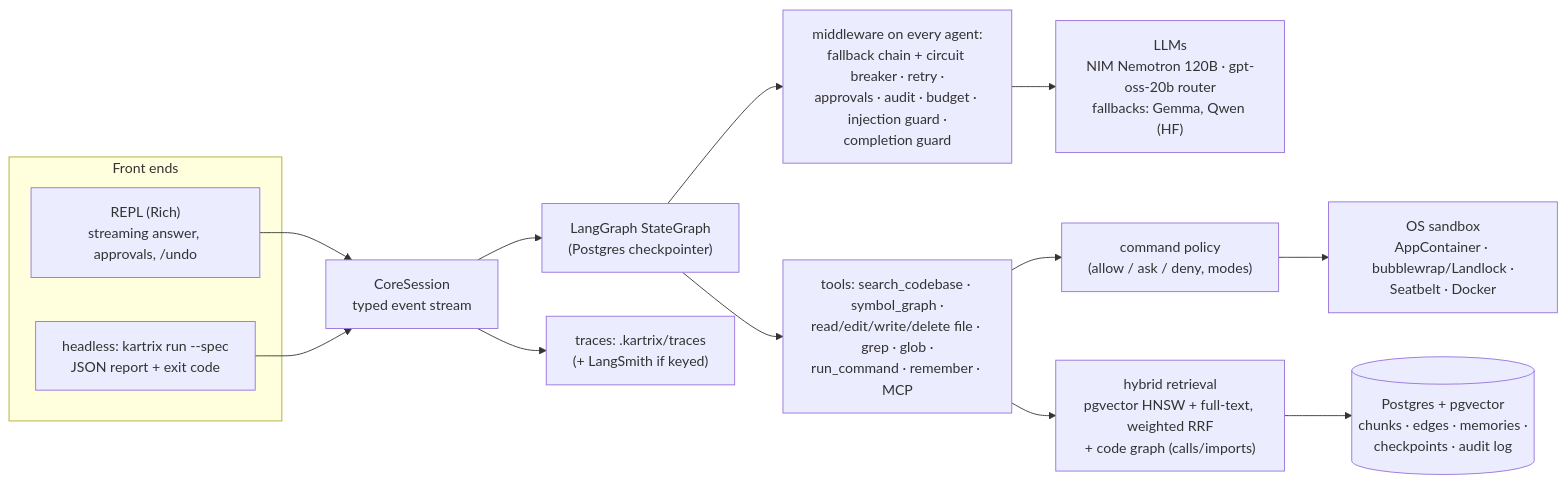
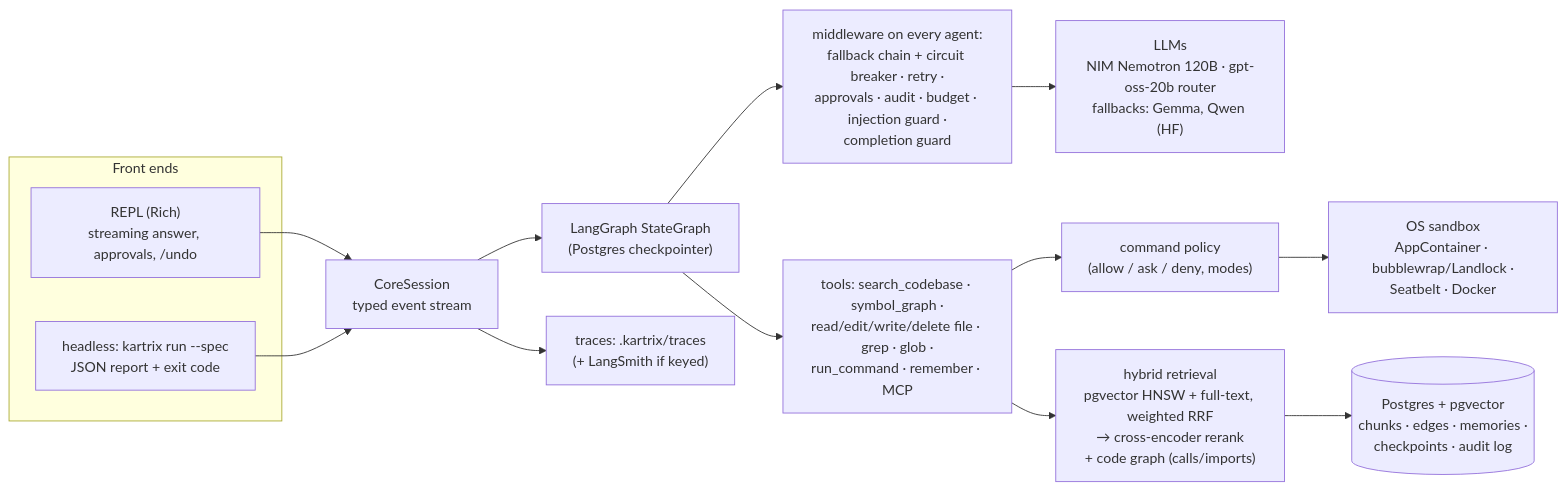
Before and after one commit to RoshanKarthik/Kartrix: the first of 2 diagrams in README.md, drawn with Mermaid. The commit also changed other lines of this file and 18 other files, not shown here.

First line of the commit message:
feat(retrieval): cross-encoder reranker, reviewer guard and clean eval baselines

````diff
--- a/README.md
+++ b/README.md
@@ -31,16 +56,16 @@
 ```mermaid
 flowchart LR
     subgraph Front ends
         REPL["REPL (Rich)<br/>streaming answer, approvals, /undo"]
         HL["headless: kartrix run --spec<br/>JSON report + exit code"]
     end
     REPL & HL --> CORE["CoreSession<br/>typed event stream"]
     CORE --> G["LangGraph StateGraph<br/>(Postgres checkpointer)"]
     G --> MW["middleware on every agent:<br/>fallback chain + circuit breaker · retry ·<br/>approvals · audit · budget · injection guard ·<br/>completion guard"]
     MW --> LLM["LLMs<br/>NIM Nemotron 120B · gpt-oss-20b router<br/>fallbacks: Gemma, Qwen (HF)"]
     G --> TOOLS["tools: search_codebase · symbol_graph ·<br/>read/edit/write/delete file · grep · glob ·<br/>run_command · remember · MCP"]
     TOOLS --> POL["command policy<br/>(allow / ask / deny, modes)"] --> SBX["OS sandbox<br/>AppContainer · bubblewrap/Landlock ·<br/>Seatbelt · Docker"]
-    TOOLS --> RAG["hybrid retrieval<br/>pgvector HNSW + full-text, weighted RRF<br/>+ code graph (calls/imports)"]
+    TOOLS --> RAG["hybrid retrieval<br/>pgvector HNSW + full-text, weighted RRF<br/>→ cross-encoder rerank<br/>+ code graph (calls/imports)"]
     RAG --> PG[("Postgres + pgvector<br/>chunks · edges · memories ·<br/>checkpoints · audit log")]
     CORE --> TR["traces: .kartrix/traces<br/>(+ LangSmith if keyed)"]
 ```
````
